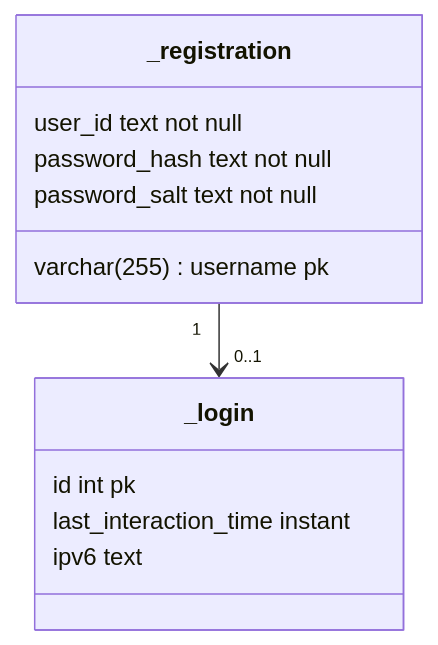
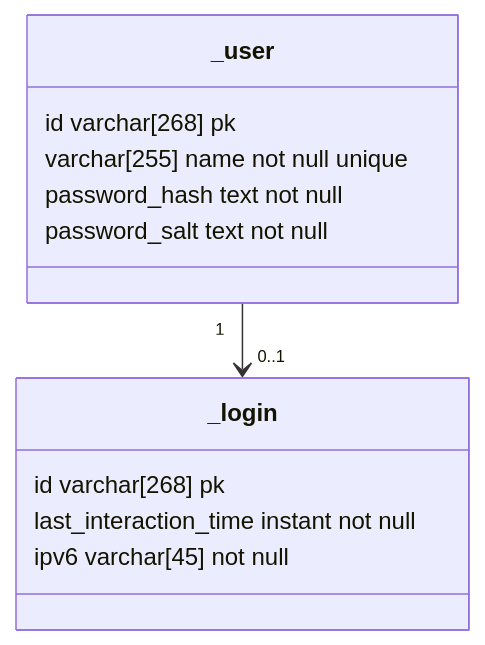
Before and after one commit to 5cover/S2.03: the diagram in doc/user/how.md, drawn with Mermaid. The commit also changed other lines of this file and 9 other files, not shown here.

````diff
--- a/doc/user/how.md
+++ b/doc/user/how.md
@@ -7,18 +7,18 @@
 ```mermaid
 classDiagram
 
-class _registration {
-    varchar(255) username pk
-    user_id text not null
+class _user {
+    id varchar[268] pk
+    varchar[255] name not null unique
     password_hash text not null
     password_salt text not null
 }
 
 class _login {
-    id int pk
-    last_interaction_time instant
-    ipv6 text
+    id varchar[268] pk
+    last_interaction_time instant not null
+    ipv6 varchar[45] not null
 }
 
-_registration "1" --> "0..1" _login
+_user "1" --> "0..1" _login
 ```
````
